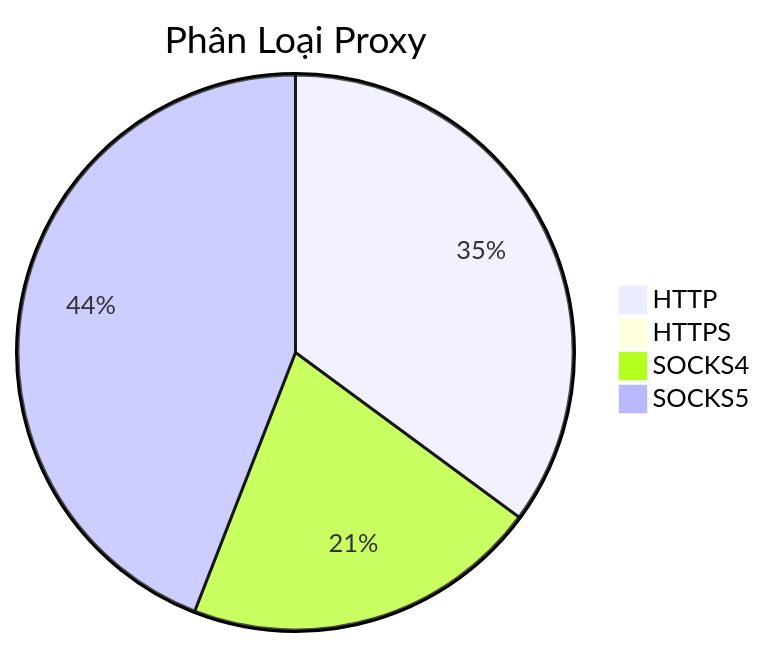
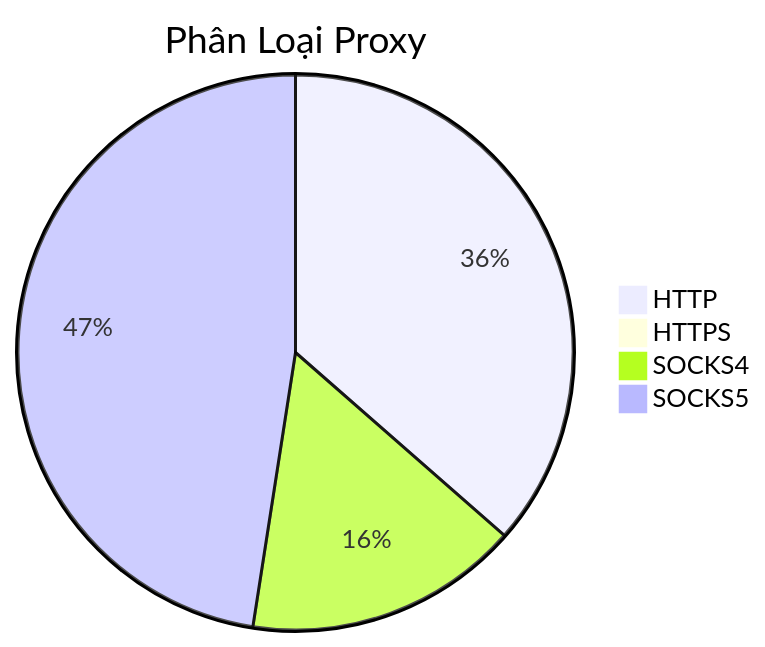
Before and after one commit to Ciara-Aa/PROXY-free: the diagram in README.md, drawn with Mermaid. The commit also changed other lines of this file and 4 other files, not shown here.

````diff
--- a/README.md
+++ b/README.md
@@ -26,7 +26,7 @@
 ```mermaid
 pie title Phân Loại Proxy
-    "HTTP" : 481
-    "HTTPS" : 4
-    "SOCKS4" : 285
-    "SOCKS5" : 604
+    "HTTP" : 601
+    "HTTPS" : 2
+    "SOCKS4" : 264
+    "SOCKS5" : 784
 ```
````
